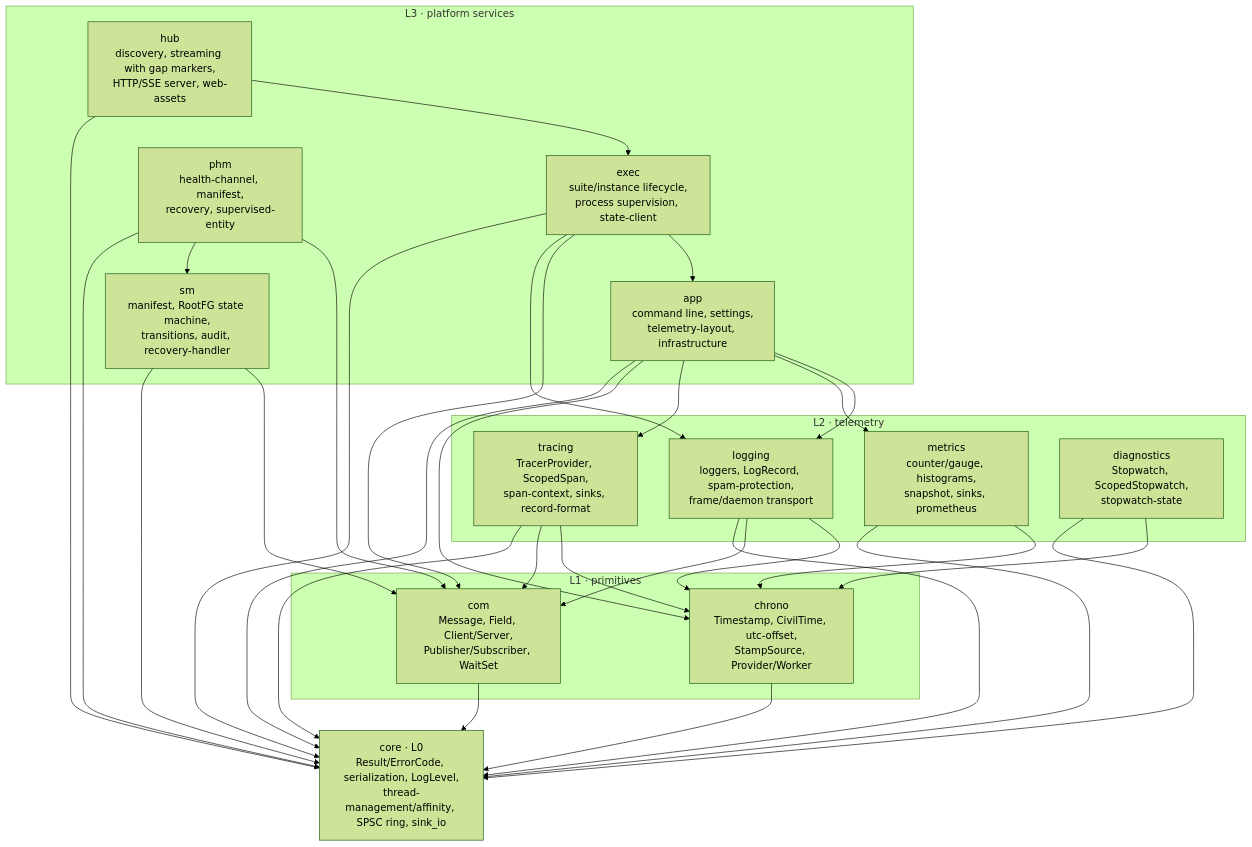
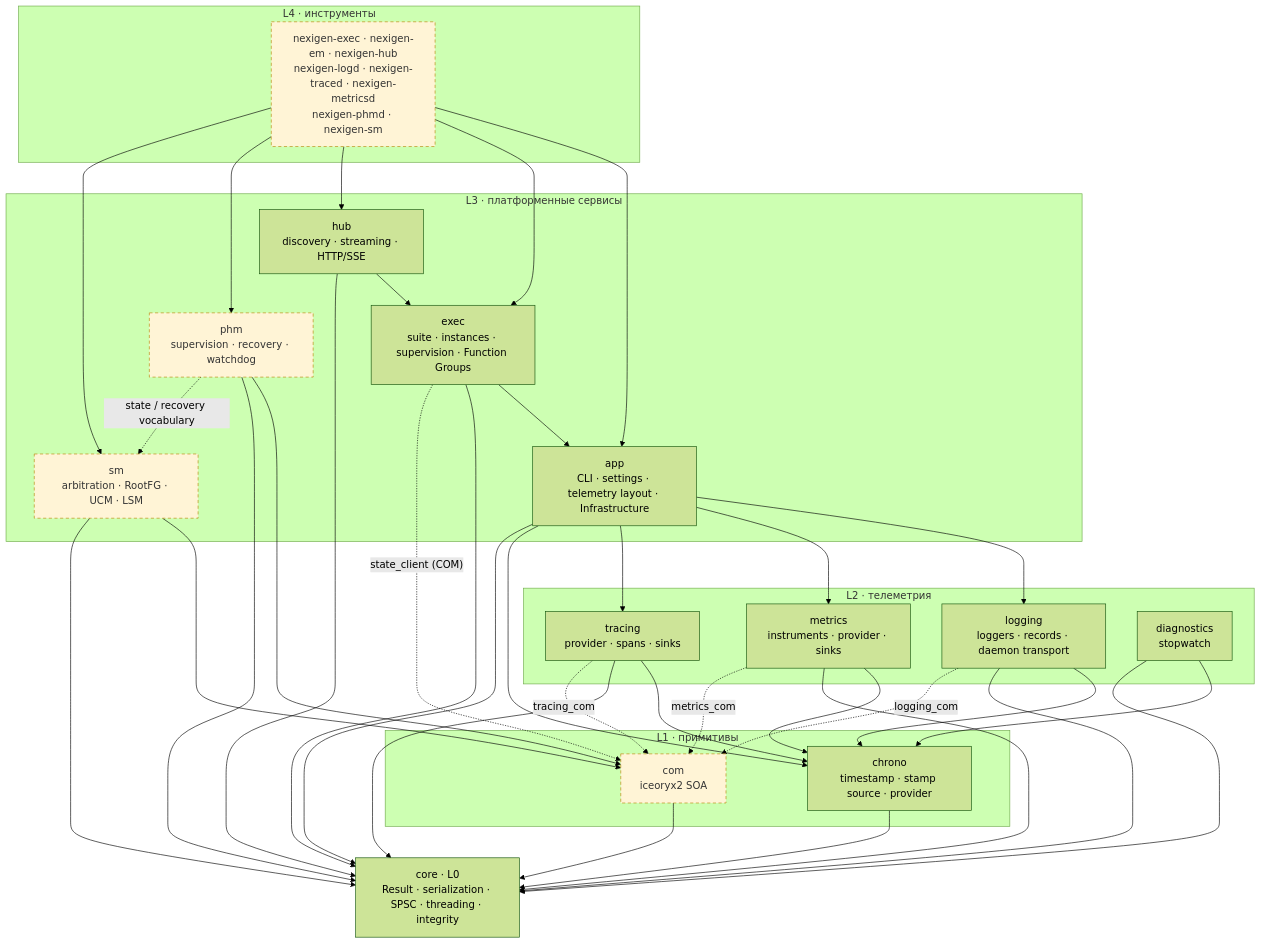
Before and after one commit to nexigen-tech/nexigen-cpp: the first of 7 diagrams in docs/architecture.md, drawn with Mermaid (forest theme). The commit also changed other lines of this file and 88 other files, not shown here.

````diff
--- a/docs/architecture.md
+++ b/docs/architecture.md
@@ -82,53 +66,69 @@
 ```mermaid
-flowchart TD
-    subgraph L3["L3 · platform services"]
-        APP["app<br/>command line, settings,<br/>telemetry-layout, infrastructure"]
-        EXEC["exec<br/>suite/instance lifecycle,<br/>process supervision, state-client"]
-        HUB["hub<br/>discovery, streaming with gap markers,<br/>HTTP/SSE server, web-assets"]
-        PHM["phm<br/>health-channel, manifest,<br/>recovery, supervised-entity"]
-        SM["sm<br/>manifest, RootFG state machine,<br/>transitions, audit, recovery-handler"]
+flowchart TB
+    subgraph L4["L4 · инструменты"]
+        TOOLS["nexigen-exec · nexigen-em · nexigen-hub<br/>nexigen-logd · nexigen-traced · nexigen-metricsd<br/>nexigen-phmd · nexigen-sm"]
     end
 
-    subgraph L2["L2 · telemetry"]
-        LOG["logging<br/>loggers, LogRecord, spam-protection,<br/>frame/daemon transport"]
-        MET["metrics<br/>counter/gauge, histograms,<br/>snapshot, sinks, prometheus"]
-        TRC["tracing<br/>TracerProvider, ScopedSpan,<br/>span-context, sinks, record-format"]
-        DIA["diagnostics<br/>Stopwatch, ScopedStopwatch,<br/>stopwatch-state"]
+    subgraph L3["L3 · платформенные сервисы"]
+        APP["app<br/>CLI · settings · telemetry layout · Infrastructure"]
+        EXEC["exec<br/>suite · instances · supervision · Function Groups"]
+        HUB["hub<br/>discovery · streaming · HTTP/SSE"]
+        PHM["phm<br/>supervision · recovery · watchdog"]
+        SM["sm<br/>arbitration · RootFG · UCM · LSM"]
     end
 
-    subgraph L1["L1 · primitives"]
-        CHR["chrono<br/>Timestamp, CivilTime, utc-offset,<br/>StampSource, Provider/Worker"]
-        COM["com<br/>Message, Field, Client/Server,<br/>Publisher/Subscriber, WaitSet"]
+    subgraph L2["L2 · телеметрия"]
+        LOG["logging<br/>loggers · records · daemon transport"]
+        MET["metrics<br/>instruments · provider · sinks"]
+        TRC["tracing<br/>provider · spans · sinks"]
+        DIA["diagnostics<br/>stopwatch"]
     end
 
-    CORE["core · L0<br/>Result/ErrorCode, serialization, LogLevel,<br/>thread-management/affinity, SPSC ring, sink_io"]
+    subgraph L1["L1 · примитивы"]
+        CHR["chrono<br/>timestamp · stamp source · provider"]
+        COM["com<br/>iceoryx2 SOA"]
+    end
+
+    CORE["core · L0<br/>Result · serialization · SPSC · threading · integrity"]
+
+    TOOLS --> APP
+    TOOLS --> EXEC
+    TOOLS --> HUB
+    TOOLS --> PHM
+    TOOLS --> SM
 
     APP --> LOG
     APP --> MET
     APP --> TRC
     APP --> CHR
     EXEC --> APP
-    EXEC --> COM
-    EXEC --> LOG
     HUB --> EXEC
     PHM --> COM
-    PHM --> SM
     SM --> COM
+
     LOG --> CHR
-    LOG --> COM
     MET --> CHR
     TRC --> CHR
-    TRC --> COM
     DIA --> CHR
+
+    APP --> CORE
+    EXEC --> CORE
+    HUB --> CORE
+    PHM --> CORE
+    SM --> CORE
     CHR --> CORE
     COM --> CORE
     LOG --> CORE
     MET --> CORE
     TRC --> CORE
     DIA --> CORE
-    APP --> CORE
-    EXEC --> CORE
-    HUB --> CORE
-    PHM --> CORE
-    SM --> CORE
+
+    LOG -.->|"logging_com"| COM
+    MET -.->|"metrics_com"| COM
+    TRC -.->|"tracing_com"| COM
+    EXEC -.->|"state_client (COM)"| COM
+    PHM -.->|"state / recovery vocabulary"| SM
+
+    classDef optional fill:#fff4d6,stroke:#b8860b,stroke-dasharray: 5 4,color:#333
+    class COM,PHM,SM,TOOLS optional
 ```
````
